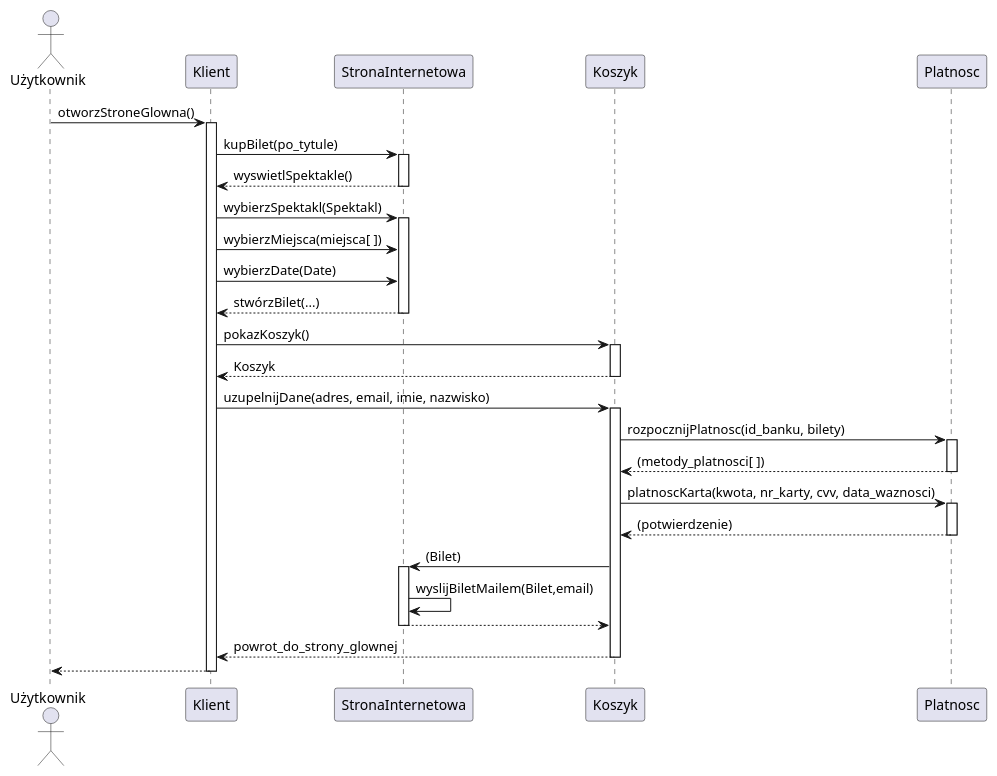
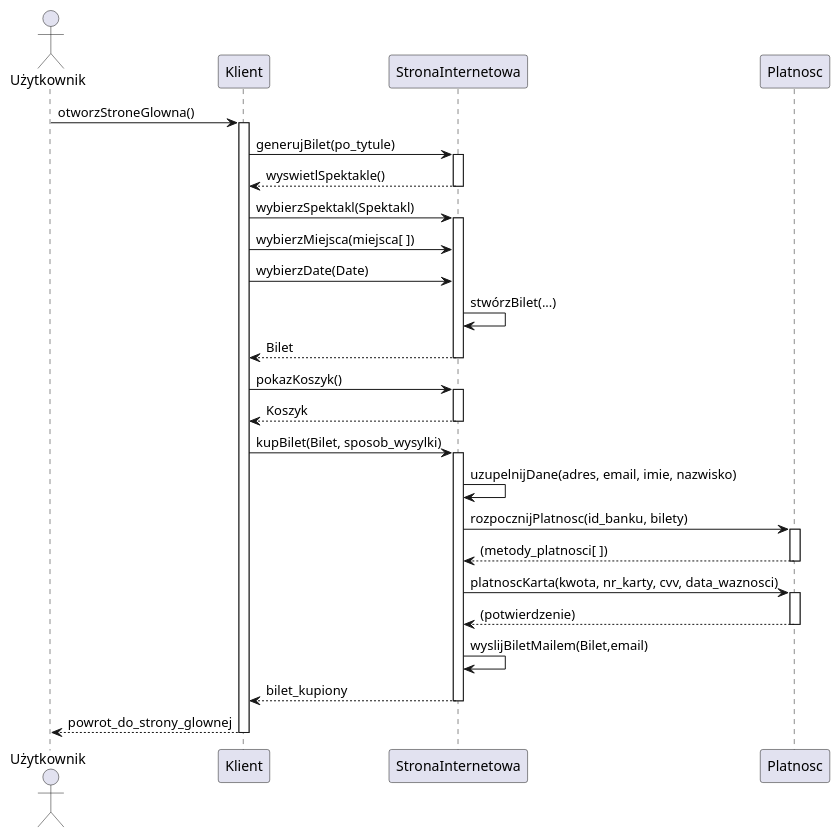
The diagram in sequence_diagram.plantuml (c4mp3r9/obiektowe), drawn with PlantUML before and after one commit. The commit also changed 3 other files, not shown here.

```diff
--- a/sequence_diagram.plantuml
+++ b/sequence_diagram.plantuml
@@ -1,39 +1,41 @@
 @startuml SequenceDiagram
 
 actor Użytkownik
 
 Użytkownik -> Klient: otworzStroneGlowna()
 activate Klient
 'wyswietlSpektakle -> Kup bilet
 
-Klient -> StronaInternetowa: kupBilet(po_tytule)
+Klient -> StronaInternetowa: generujBilet(po_tytule)
 activate StronaInternetowa
 return wyswietlSpektakle()
 
 Klient -> StronaInternetowa: wybierzSpektakl(Spektakl)
 activate StronaInternetowa
 Klient -> StronaInternetowa: wybierzMiejsca(miejsca[ ])
 Klient -> StronaInternetowa: wybierzDate(Date)
-return stwórzBilet(...)
+StronaInternetowa -> StronaInternetowa: stwórzBilet(...)
+return Bilet
 
-Klient -> Koszyk: pokazKoszyk()
-activate Koszyk
+Klient -> StronaInternetowa: pokazKoszyk()
+activate StronaInternetowa
 return Koszyk
 
-Klient -> Koszyk: uzupelnijDane(adres, email, imie, nazwisko)
-activate Koszyk
-Koszyk -> Platnosc: rozpocznijPlatnosc(id_banku, bilety)
+Klient -> StronaInternetowa: kupBilet(Bilet, sposob_wysylki)
+activate StronaInternetowa
+StronaInternetowa -> StronaInternetowa: uzupelnijDane(adres, email, imie, nazwisko)
+
+
+StronaInternetowa -> Platnosc: rozpocznijPlatnosc(id_banku, bilety)
 activate Platnosc
 return (metody_platnosci[ ])
-Koszyk -> Platnosc: platnoscKarta(kwota, nr_karty, cvv, data_waznosci)
+StronaInternetowa -> Platnosc: platnoscKarta(kwota, nr_karty, cvv, data_waznosci)
 activate Platnosc
 return (potwierdzenie)
 
-Koszyk -> StronaInternetowa: (Bilet)
-activate StronaInternetowa
+
+
 StronaInternetowa -> StronaInternetowa: wyslijBiletMailem(Bilet,email)
-return
+return bilet_kupiony
 return powrot_do_strony_glownej
-return
-
 @enduml
```
